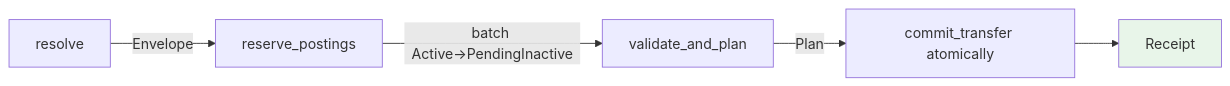
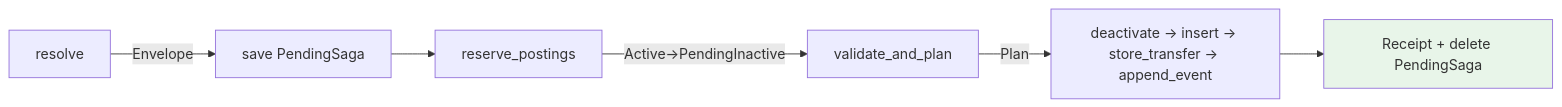
Before and after one commit to crodas/kuatia: the second of 4 diagrams in doc/crates.md, drawn with Mermaid. The commit also changed other lines of this file and 27 other files, not shown here.

````diff
--- a/doc/crates.md
+++ b/doc/crates.md
@@ -96,8 +99,9 @@
 ```mermaid
 graph LR
-    A[resolve] -->|Envelope| B[reserve_postings]
-    B -->|batch Active→PendingInactive| C[validate_and_plan]
-    C -->|Plan| D[commit_transfer atomically]
-    D --> E[Receipt]
+    A[resolve] -->|Envelope| W[save PendingSaga]
+    W --> B[reserve_postings]
+    B -->|Active→PendingInactive| C[validate_and_plan]
+    C -->|Plan| D[deactivate → insert → store_transfer → append_event]
+    D --> E[Receipt + delete PendingSaga]
     style E fill:#e8f5e9
 ```
````
